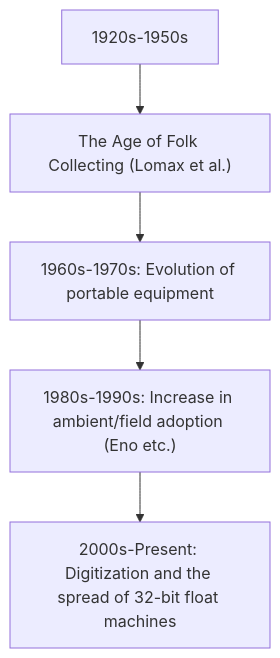
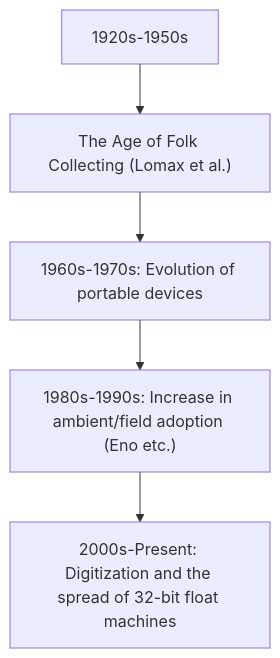
The diagram in en/_posts/2025-09-30-Column-Field-Recording.md (monumental-movement/monumental-movement.github.io), drawn with Mermaid before and after one commit. The commit also changed 259 other files, not shown here.

```diff
--- a/en/_posts/2025-09-30-Column-Field-Recording.md
+++ b/en/_posts/2025-09-30-Column-Field-Recording.md
@@ -42,7 +42,7 @@
 <div class="mermaid">
 flowchart TD
   A["1920s-1950s"] --> B["The Age of Folk Collecting (Lomax et al.)"]
-  B --> C["1960s-1970s: Evolution of portable equipment"]
+  B --> C["1960s-1970s: Evolution of portable devices"]
   C --> D["1980s-1990s: Increase in ambient/field adoption (Eno etc.)"]
   D --> E["2000s-Present: Digitization and the spread of 32-bit float machines"]
 </div>
```
